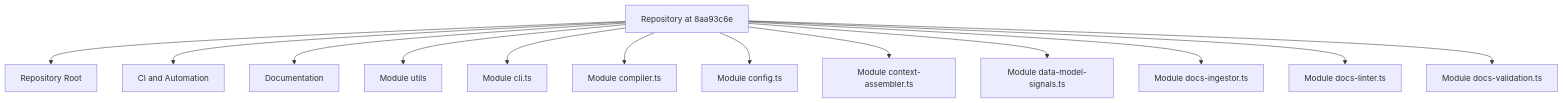
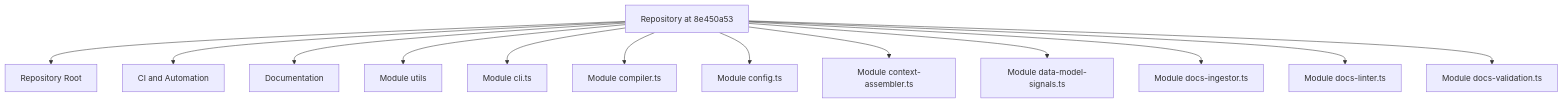
One commit to mfittko/repo-wiki changed the diagram in Architecture.md. Above: the diagram before and after it, drawn with Mermaid. The commit also changed other lines of this file and 41 other files, not shown here.

````diff
--- a/Architecture.md
+++ b/Architecture.md
@@ -14,16 +14,16 @@
 ```mermaid
 flowchart TD
-  Repo[Repository at 8aa93c6e]
+  Repo[Repository at 8e450a53]
   Repo --> M0[Repository Root]
   Repo --> M1[CI and Automation]
   Repo --> M2[Documentation]
   Repo --> M3[Module utils]
   Repo --> M4[Module cli.ts]
   Repo --> M5[Module compiler.ts]
   Repo --> M6[Module config.ts]
   Repo --> M7[Module context-assembler.ts]
   Repo --> M8[Module data-model-signals.ts]
   Repo --> M9[Module docs-ingestor.ts]
   Repo --> M10[Module docs-linter.ts]
   Repo --> M11[Module docs-validation.ts]
 ```
````
